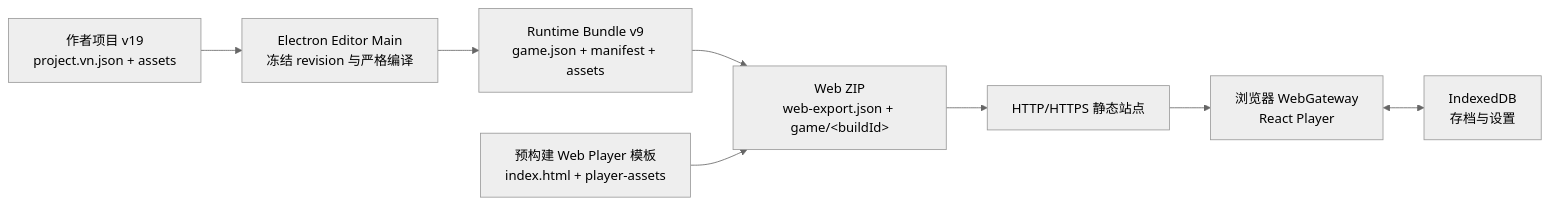
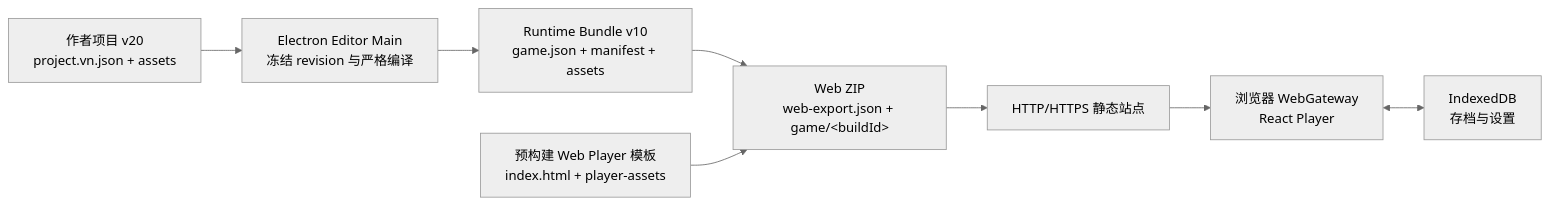
One commit to DarkboyRyan/Scratch-Novel-Engine changed the first of 2 diagrams in docs/web-player-export.md. Above: the diagram before and after it, drawn with Mermaid (neutral theme). The commit also changed other lines of this file and 174 other files, not shown here.

````diff
--- a/docs/web-player-export.md
+++ b/docs/web-player-export.md
@@ -55,16 +55,16 @@
 ```mermaid
 flowchart LR
-  AUTHOR["作者项目 v19<br/>project.vn.json + assets"]
+  AUTHOR["作者项目 v20<br/>project.vn.json + assets"]
   EDITOR["Electron Editor Main<br/>冻结 revision 与严格编译"]
-  RUNTIME["Runtime Bundle v9<br/>game.json + manifest + assets"]
+  RUNTIME["Runtime Bundle v10<br/>game.json + manifest + assets"]
   TEMPLATE["预构建 Web Player 模板<br/>index.html + player-assets"]
   ZIP["Web ZIP<br/>web-export.json + game/&lt;buildId&gt;"]
   HOST["HTTP/HTTPS 静态站点"]
   WEB["浏览器 WebGateway<br/>React Player"]
   STORAGE["IndexedDB<br/>存档与设置"]
 
   AUTHOR --> EDITOR --> RUNTIME --> ZIP
   TEMPLATE --> ZIP
   ZIP --> HOST --> WEB
   WEB <--> STORAGE
 ```
````
